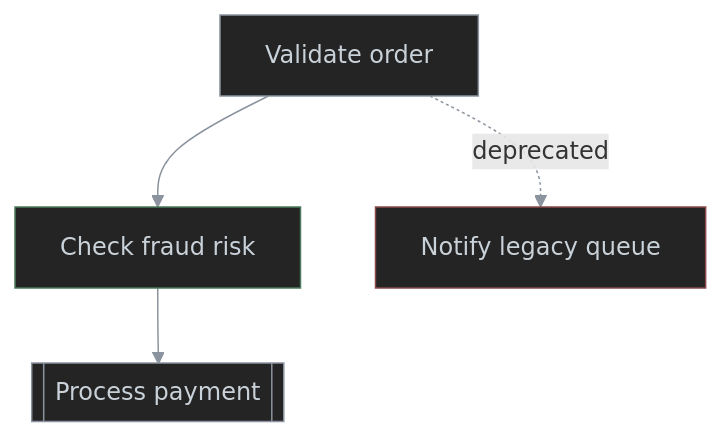
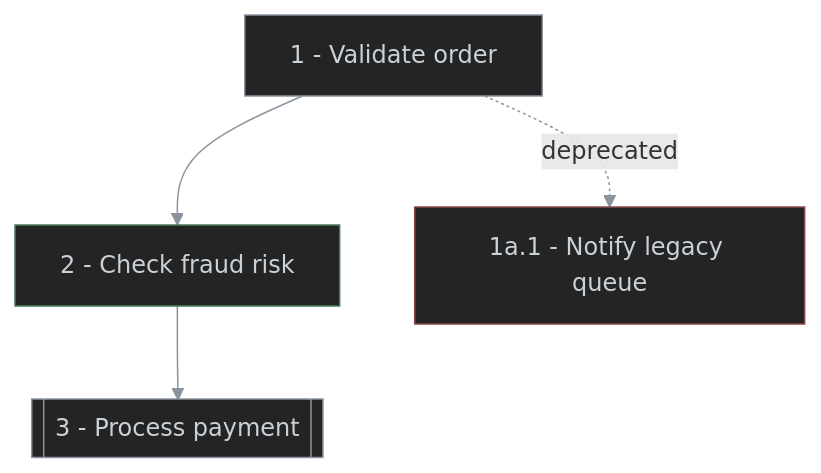
One commit to antshc/brain changed the third of 8 diagrams in plugins/wf/skills/doc-behavior-diagram/README.md. Above: the diagram before and after it, drawn with Mermaid. The commit also changed other lines of this file, not shown here.

Commit message:
Update behavior diagram examples with hierarchical step numbering for clarity

````diff
--- a/plugins/wf/skills/doc-behavior-diagram/README.md
+++ b/plugins/wf/skills/doc-behavior-diagram/README.md
@@ -74,16 +77,16 @@
 ```mermaid
 %%{init: {'themeVariables': {'lineColor': '#8b949e'}}}%%
 %% diagram-id: order-processing-flowchart-delta
 flowchart TD
-    validate["Validate order"]
-    fraud["Check fraud risk"]:::added
-    payment[["Process payment"]]
-    legacy["Notify legacy queue"]:::removed
+    validate["1 - Validate order"]
+    fraud["2 - Check fraud risk"]:::added
+    payment[["3 - Process payment"]]
+    legacy["1a.1 - Notify legacy queue"]:::removed
 
     validate --> fraud --> payment
     validate -. deprecated .-> legacy
 
     classDef default fill:#242424,stroke:#8b949e,color:#c9d1d9,stroke-width:1px
     classDef added stroke:#4a7a5a,stroke-width:1px
     classDef removed stroke:#8a4a4a,stroke-width:1px
 ```
````
